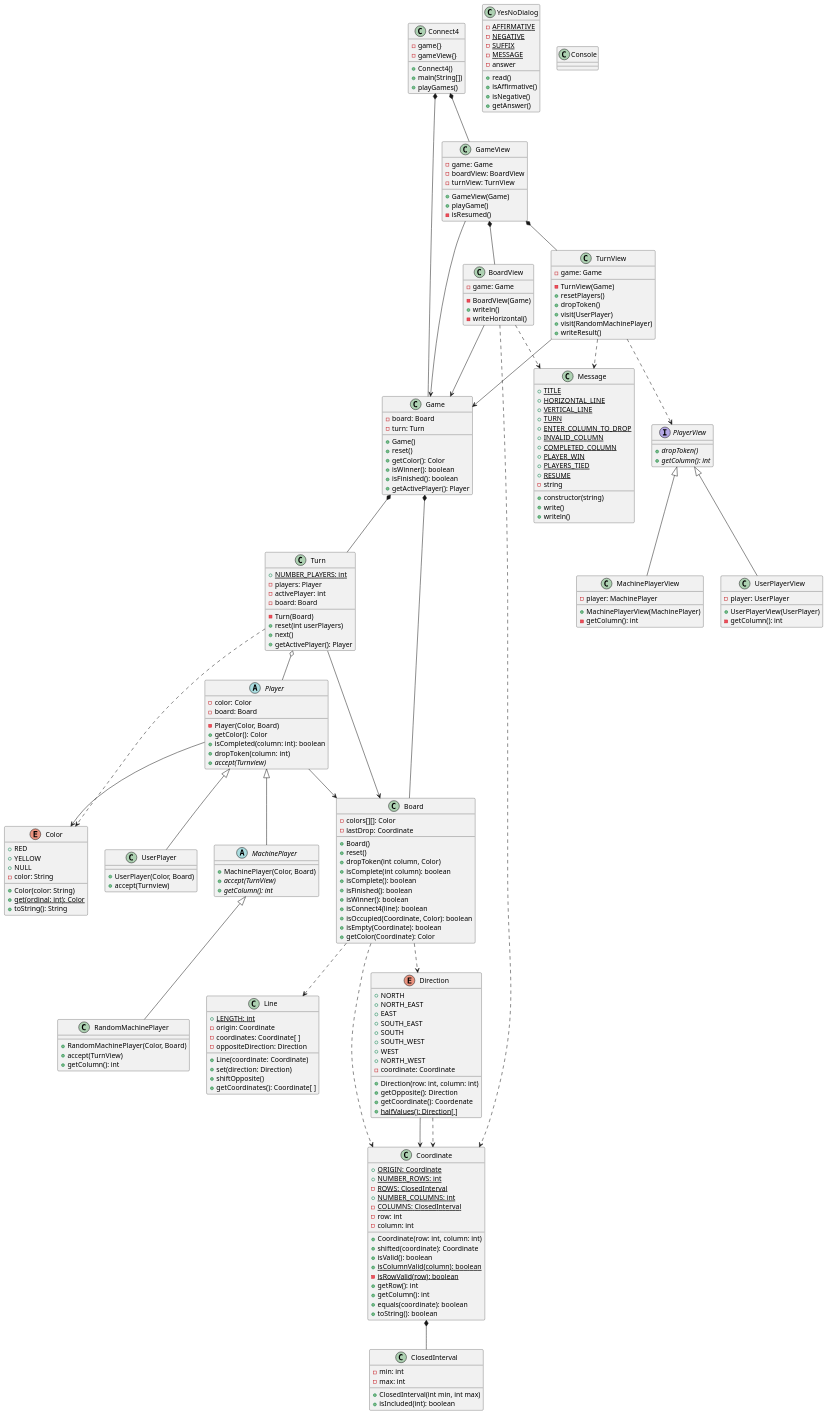
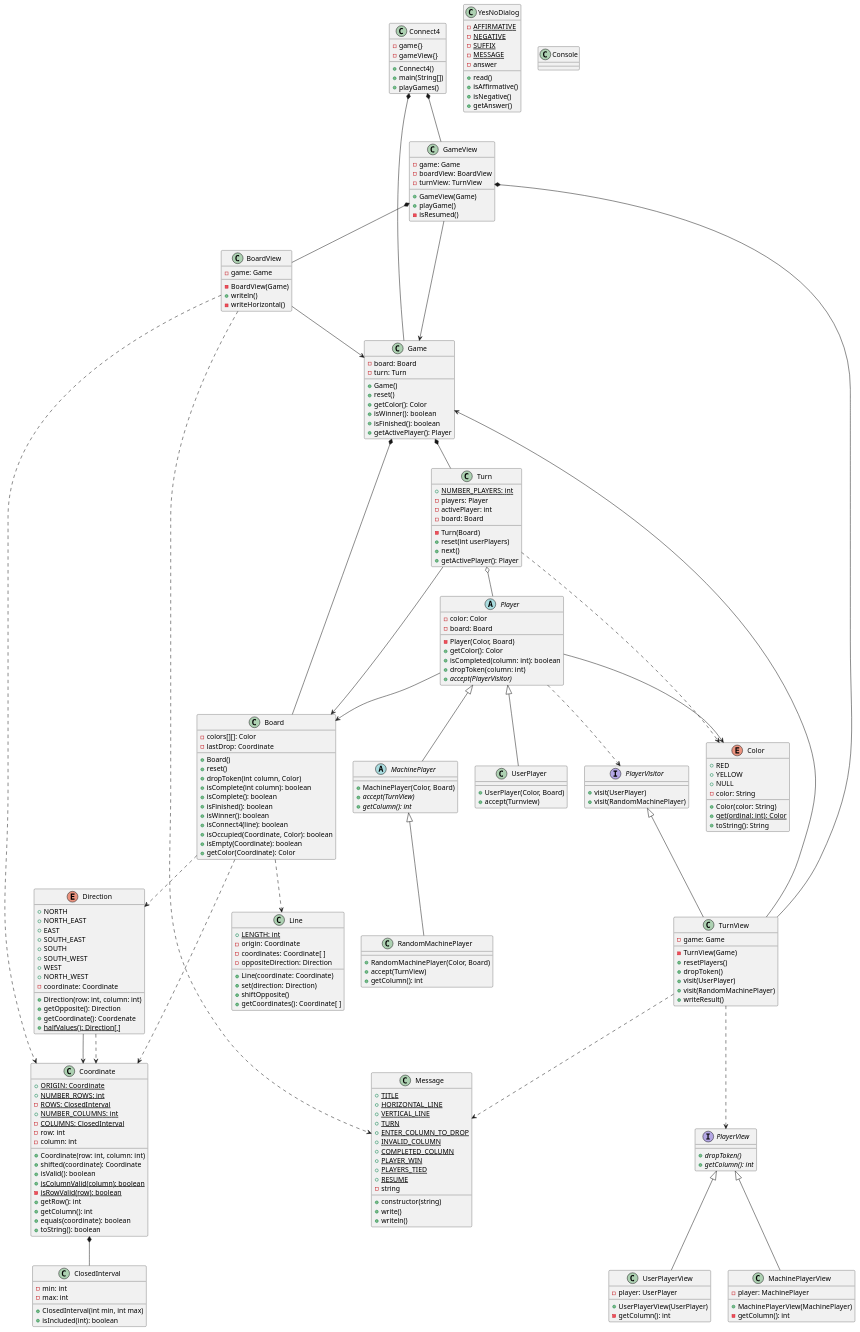
One commit to js-rom/connect4 changed the diagram in connect4/Docs/diagrams/src/classDiagram.plantuml. Above: the diagram before and after it, drawn with PlantUML. The commit also changed 7 other files, not shown here.

```diff
--- a/connect4/Docs/diagrams/src/classDiagram.plantuml
+++ b/connect4/Docs/diagrams/src/classDiagram.plantuml
@@ -4,6 +4,7 @@
 class Game
 class GameView
 class BoardView
+interface PlayerVisitor
 class TurnView
 interface PlayerView
 class MachinePlayerView
@@ -30,6 +31,7 @@
 Game *-- Turn
 GameView *-- TurnView
 GameView *-- BoardView
+PlayerVisitor <|-- TurnView
 TurnView --> Game
 TurnView ..> Message
 TurnView ..> PlayerView
@@ -46,6 +48,7 @@
 Player --> Board
 Player <|-- UserPlayer
 Player <|-- MachinePlayer
+Player ..> PlayerVisitor
 MachinePlayer <|-- RandomMachinePlayer
 Board ..> Coordinate
 Board ..> Line
@@ -109,7 +112,8 @@
 Turn : +next()
 Turn : +getActivePlayer(): Player
 
-
+PlayerVisitor : +visit(UserPlayer)
+PlayerVisitor : +visit(RandomMachinePlayer)
 
 Player : -color: Color
 Player : -board: Board
@@ -117,7 +121,7 @@
 Player : +getColor(): Color
 Player : +isCompleted(column: int): boolean
 Player : +dropToken(column: int)
-Player : +{abstract}accept(Turnview)
+Player : +{abstract}accept(PlayerVisitor)
 
 UserPlayer : +UserPlayer(Color, Board)
 UserPlayer : +accept(Turnview)
```
